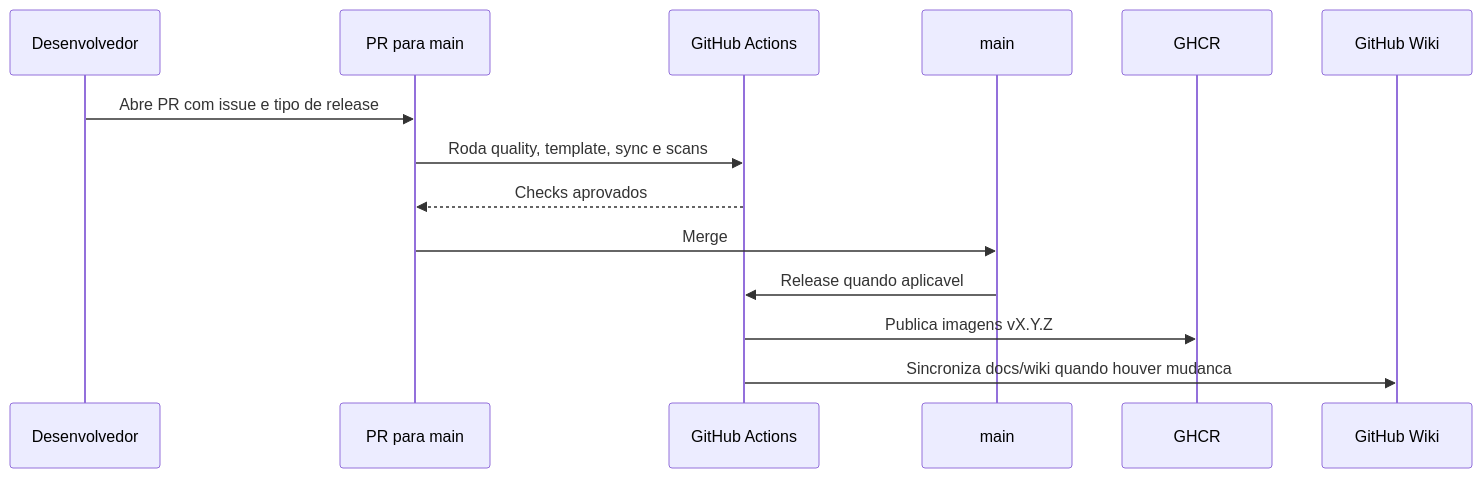
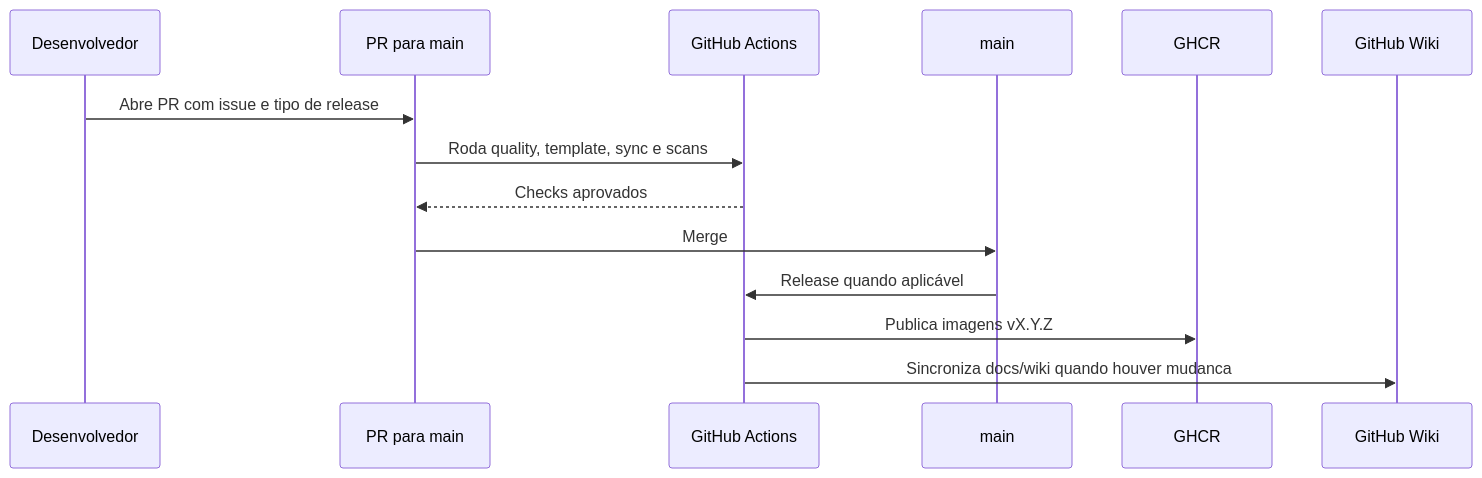
One commit to ifpebj-ti/inventario-patrimonio-cces changed the second of 3 diagrams in docs/wiki/Esteira-de-CI-CD.md. Above: the diagram before and after it, drawn with Mermaid. The commit also changed other lines of this file and 22 other files, not shown here.

````diff
--- a/docs/wiki/Esteira-de-CI-CD.md
+++ b/docs/wiki/Esteira-de-CI-CD.md
@@ -50,17 +50,17 @@
 ```mermaid
 sequenceDiagram
     participant Dev as Desenvolvedor
     participant PR as PR para main
     participant CI as GitHub Actions
     participant Main as main
     participant GHCR as GHCR
     participant Wiki as GitHub Wiki
 
     Dev->>PR: Abre PR com issue e tipo de release
     PR->>CI: Roda quality, template, sync e scans
     CI-->>PR: Checks aprovados
     PR->>Main: Merge
-    Main->>CI: Release quando aplicavel
+    Main->>CI: Release quando aplicável
     CI->>GHCR: Publica imagens vX.Y.Z
     CI->>Wiki: Sincroniza docs/wiki quando houver mudanca
 ```
````
